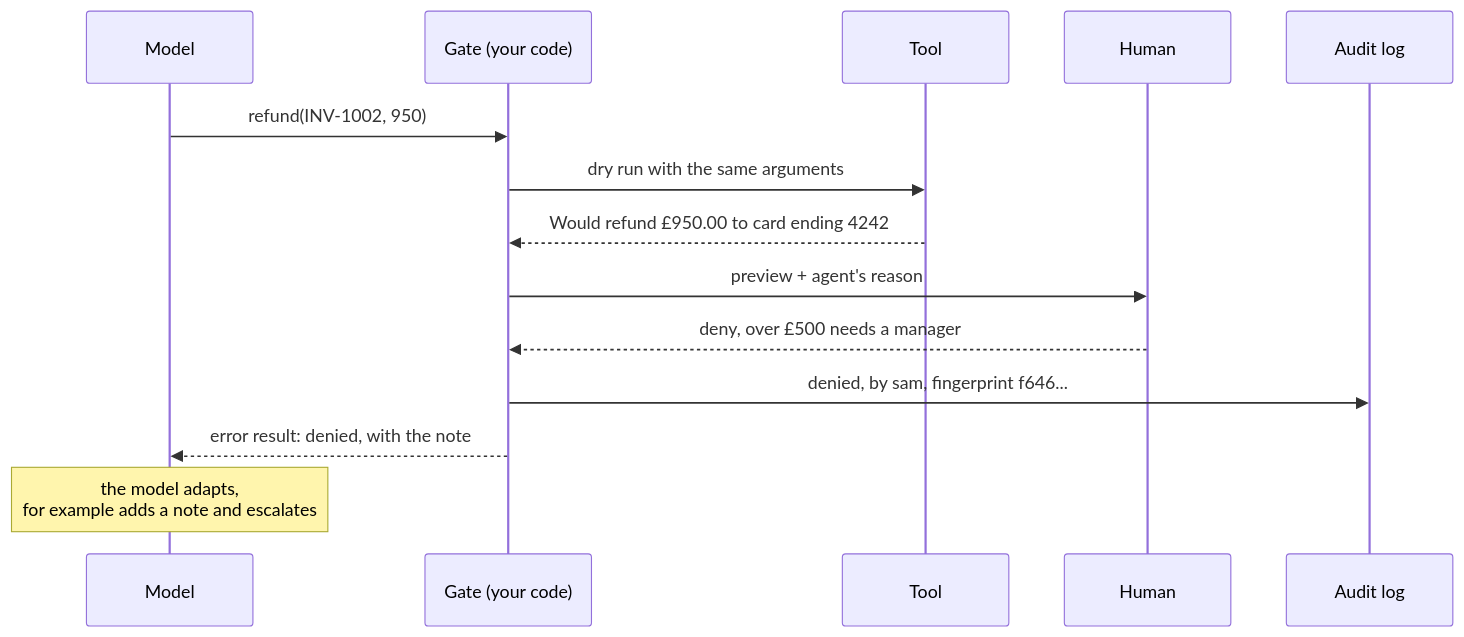
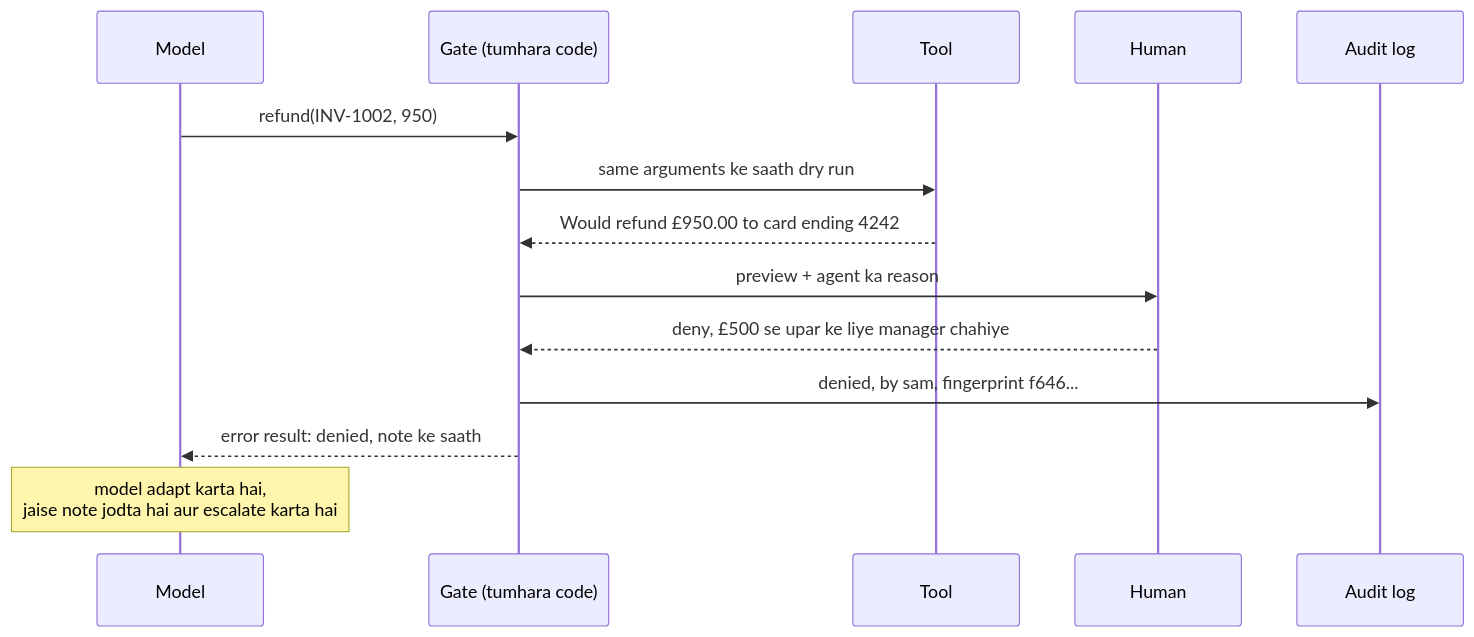
One commit to asmustechno/agentic-ai-notes changed the diagram in docs/13-safety-and-guardrails/13.5-human-approval-for-risky-actions.md. Above: the diagram before and after it, drawn with Mermaid. The commit also changed other lines of this file and 135 other files, not shown here.

````diff
--- a/docs/13-safety-and-guardrails/13.5-human-approval-for-risky-actions.md
+++ b/docs/13-safety-and-guardrails/13.5-human-approval-for-risky-actions.md
@@ -43,16 +47,16 @@
 ```mermaid
 sequenceDiagram
     participant M as Model
-    participant G as Gate (your code)
+    participant G as Gate (tumhara code)
     participant T as Tool
     participant H as Human
     participant L as Audit log
     M->>G: refund(INV-1002, 950)
-    G->>T: dry run with the same arguments
+    G->>T: same arguments ke saath dry run
     T-->>G: Would refund £950.00 to card ending 4242
-    G->>H: preview + agent's reason
-    H-->>G: deny, over £500 needs a manager
+    G->>H: preview + agent ka reason
+    H-->>G: deny, £500 se upar ke liye manager chahiye
     G->>L: denied, by sam, fingerprint f646...
-    G-->>M: error result: denied, with the note
-    Note over M: the model adapts,<br/>for example adds a note and escalates
+    G-->>M: error result: denied, note ke saath
+    Note over M: model adapt karta hai,<br/>jaise note jodta hai aur escalate karta hai
 ```
````
